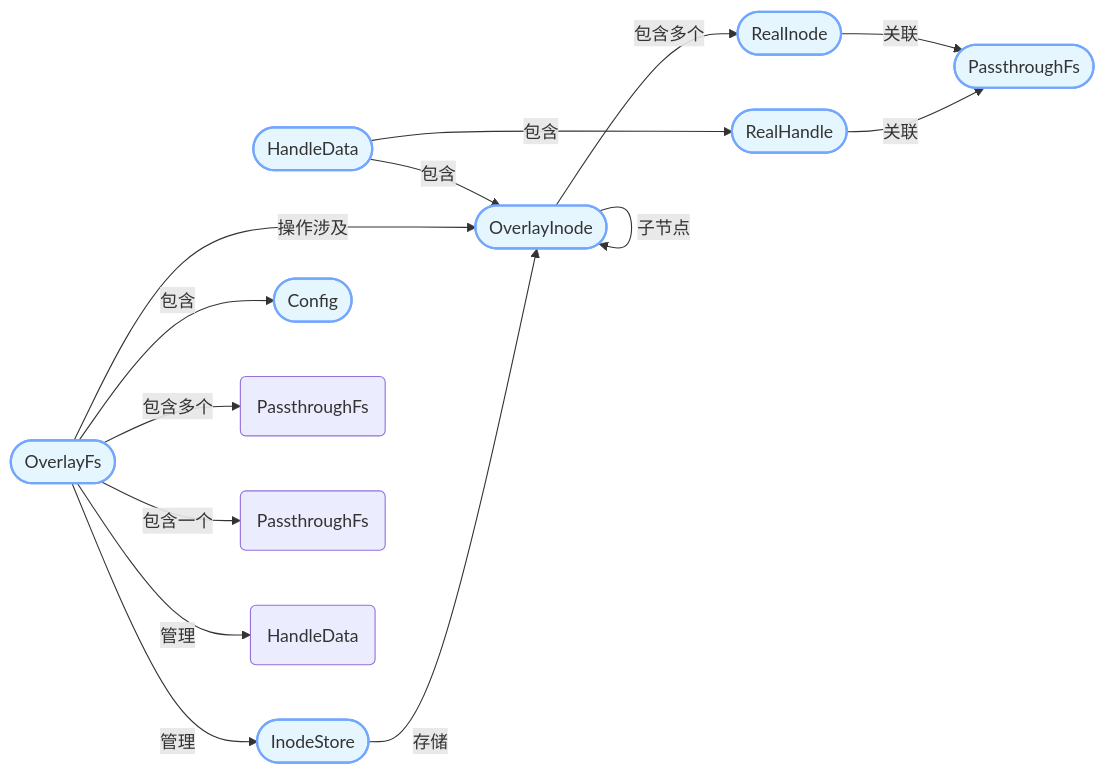
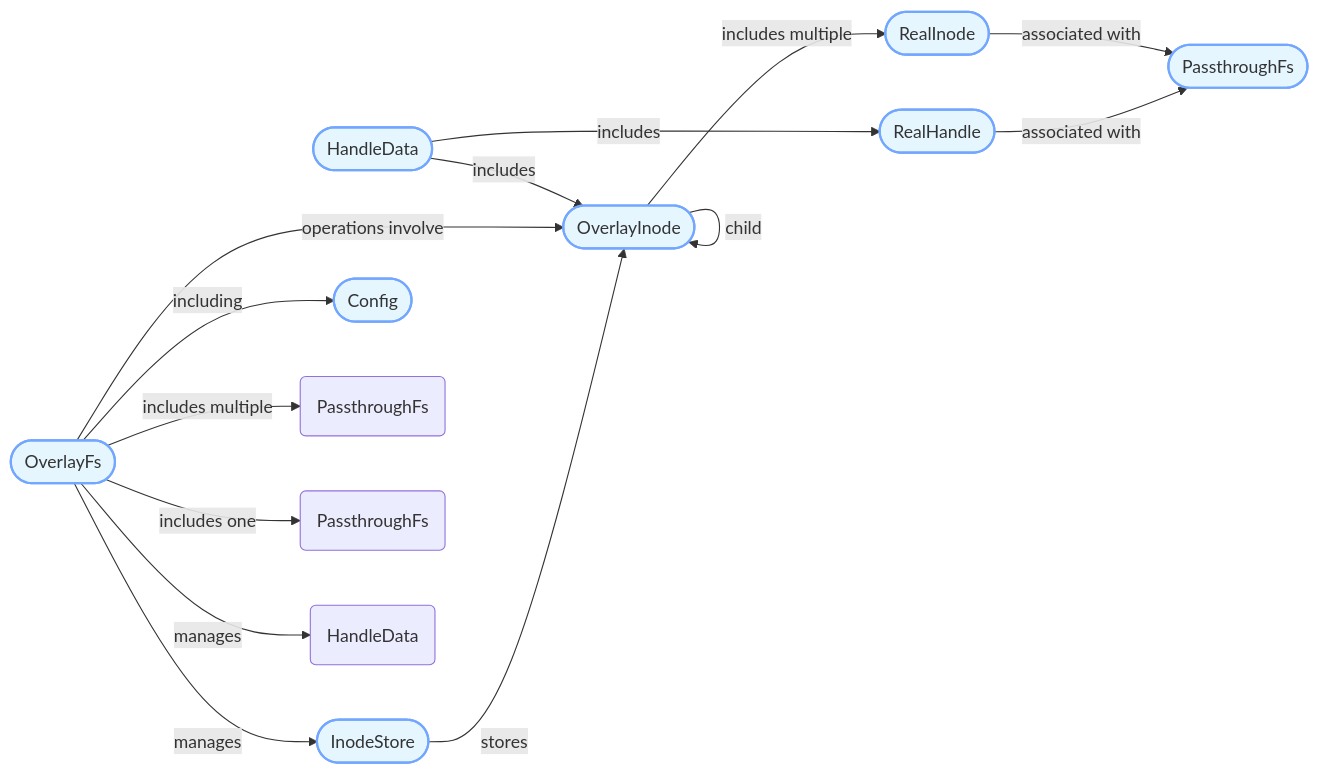
Before and after one commit to rk8s-dev/rk8s: the diagram in project/libfuse-fs/overlay.md, drawn with Mermaid. The commit also changed 10 other files, not shown here.

````diff
--- a/project/libfuse-fs/overlay.md
+++ b/project/libfuse-fs/overlay.md
@@ -1,32 +1,32 @@
 ```mermaid
 graph LR
     classDef process fill:#E5F6FF,stroke:#73A6FF,stroke-width:2px
-    
+
     OverlayFs([OverlayFs]):::process
     OverlayInode([OverlayInode]):::process
     RealInode([RealInode]):::process
     RealHandle([RealHandle]):::process
     HandleData([HandleData]):::process
     InodeStore([InodeStore]):::process
     Config([Config]):::process
     PassthroughFs([PassthroughFs]):::process
-    
-    OverlayFs -->|包含| Config
-    OverlayFs -->|包含多个| lower_layers(PassthroughFs)
-    OverlayFs -->|包含一个| upper_layer(PassthroughFs)
-    OverlayFs -->|管理| InodeStore
-    OverlayFs -->|管理| handles(HandleData)
-    
-    OverlayInode -->|包含多个| RealInode
-    OverlayInode -->|父节点| OverlayInode
-    OverlayInode -->|子节点| OverlayInode
-    
-    RealInode -->|关联| PassthroughFs
-    RealHandle -->|关联| PassthroughFs
-    HandleData -->|包含| OverlayInode
-    HandleData -->|包含| RealHandle
-    
-    OverlayFs -->|操作涉及| OverlayInode
-    InodeStore -->|存储| OverlayInode
+
+    OverlayFs -->|including| Config
+    OverlayFs -->|includes multiple| lower_layers(PassthroughFs)
+    OverlayFs -->|includes one| upper_layer(PassthroughFs)
+    OverlayFs -->|manages| InodeStore
+    OverlayFs -->|manages| handles(HandleData)
+
+    OverlayInode -->|includes multiple| RealInode
+    OverlayInode -->|parent| OverlayInode
+    OverlayInode -->|child| OverlayInode
+
+    RealInode -->|associated with| PassthroughFs
+    RealHandle -->|associated with| PassthroughFs
+    HandleData -->|includes| OverlayInode
+    HandleData -->|includes| RealHandle
+
+    OverlayFs -->|operations involve| OverlayInode
+    InodeStore -->|stores| OverlayInode
 
 ```
````
